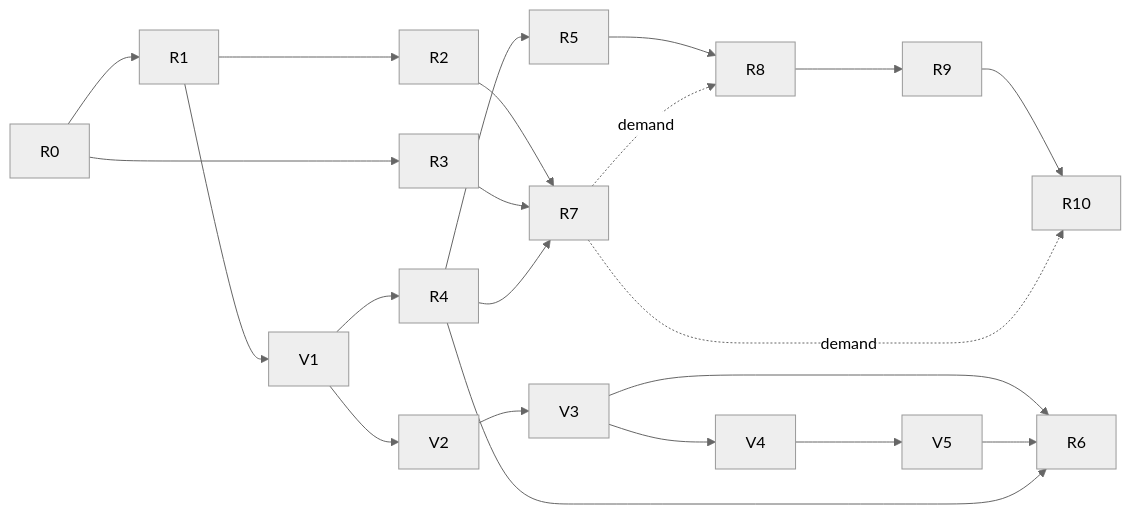
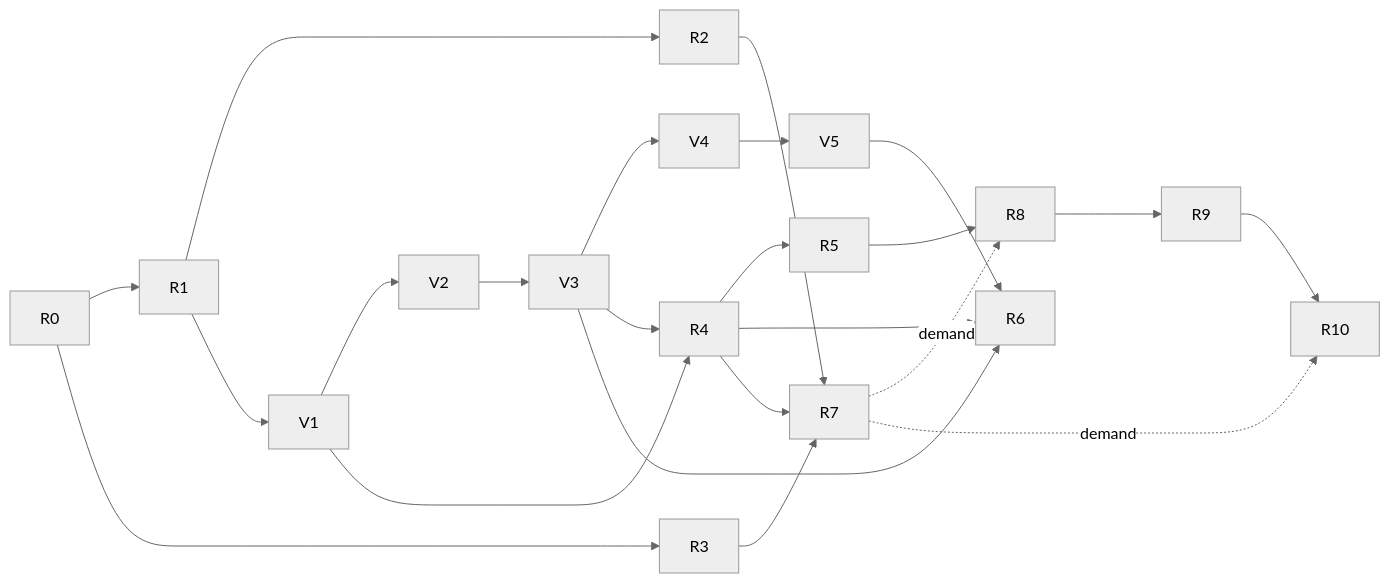
Before and after one commit to jtasek/reactor: the diagram in APPLICATION_PLAN.md, drawn with Mermaid (neutral theme). The commit also changed other lines of this file and 39 other files, not shown here.

````diff
--- a/APPLICATION_PLAN.md
+++ b/APPLICATION_PLAN.md
@@ -222,15 +304,16 @@
 ```mermaid
 flowchart LR
     R0 --> R1 --> R2
     R0 --> R3
     R1 --> V1 --> V2 --> V3 --> V4 --> V5
     V1 --> R4 --> R5 --> R8 --> R9 --> R10
+    V3 --> R4
     V3 --> R6
     V5 --> R6
     R4 --> R6
     R2 --> R7
     R3 --> R7
     R4 --> R7
     R7 -. demand .-> R8
     R7 -. demand .-> R10
 ```
````
